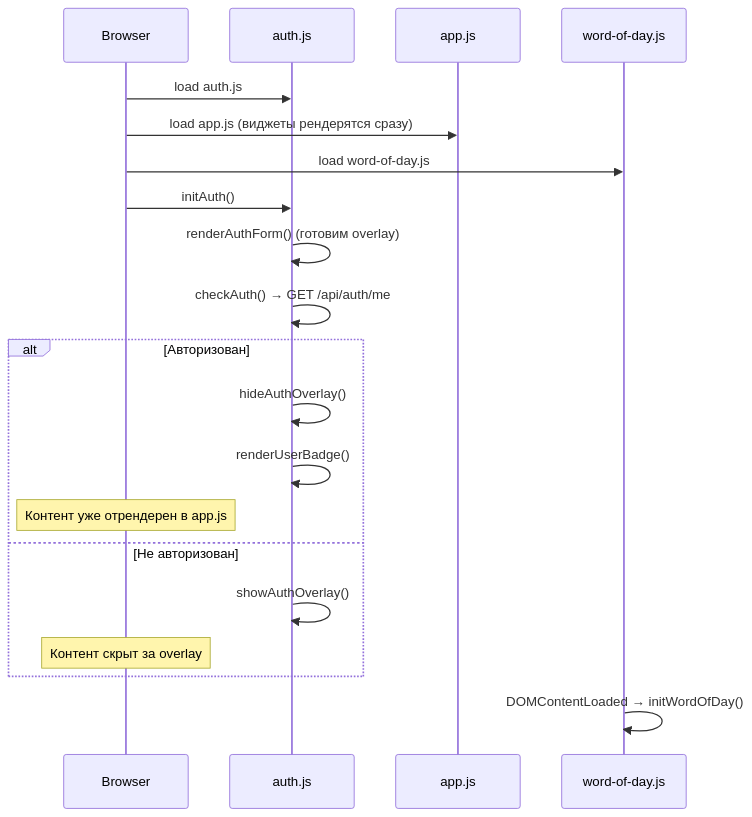
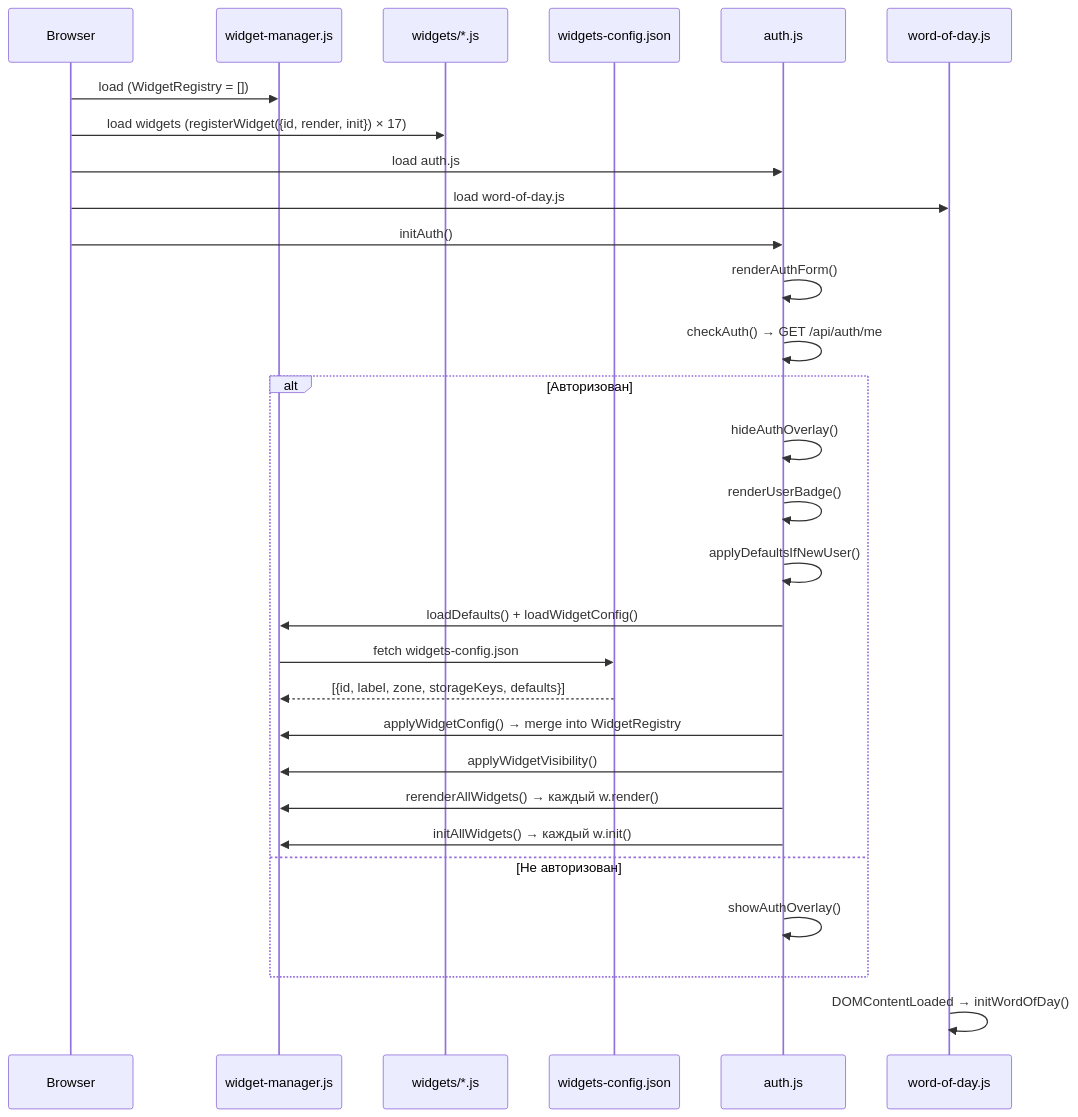
Before and after one commit to Finc8888/Dashboard: the fifth of 13 diagrams in ARCHITECTURE.md, drawn with Mermaid. The commit also changed other lines of this file and 5716 other files, not shown here.

````diff
--- a/ARCHITECTURE.md
+++ b/ARCHITECTURE.md
@@ -211,25 +284,34 @@
 ```mermaid
 sequenceDiagram
     participant B as Browser
+    participant WM as widget-manager.js
+    participant W as widgets/*.js
+    participant WCFG as widgets-config.json
     participant A as auth.js
-    participant M as app.js
-    participant W as word-of-day.js
+    participant WOD as word-of-day.js
 
+    B->>WM: load (WidgetRegistry = [])
+    B->>W: load widgets (registerWidget({id, render, init}) × 17)
     B->>A: load auth.js
-    B->>M: load app.js (виджеты рендерятся сразу)
-    B->>W: load word-of-day.js
+    B->>WOD: load word-of-day.js
     B->>A: initAuth()
 
-    A->>A: renderAuthForm() (готовим overlay)
+    A->>A: renderAuthForm()
     A->>A: checkAuth() → GET /api/auth/me
     alt Авторизован
         A->>A: hideAuthOverlay()
         A->>A: renderUserBadge()
-        Note over B: Контент уже отрендерен в app.js
+        A->>A: applyDefaultsIfNewUser()
+        A->>WM: loadDefaults() + loadWidgetConfig()
+        WM->>WCFG: fetch widgets-config.json
+        WCFG-->>WM: [{id, label, zone, storageKeys, defaults}]
+        A->>WM: applyWidgetConfig() → merge into WidgetRegistry
+        A->>WM: applyWidgetVisibility()
+        A->>WM: rerenderAllWidgets() → каждый w.render()
+        A->>WM: initAllWidgets() → каждый w.init()
     else Не авторизован
         A->>A: showAuthOverlay()
-        Note over B: Контент скрыт за overlay
     end
 
-    W->>W: DOMContentLoaded → initWordOfDay()
+    WOD->>WOD: DOMContentLoaded → initWordOfDay()
 ```
````
